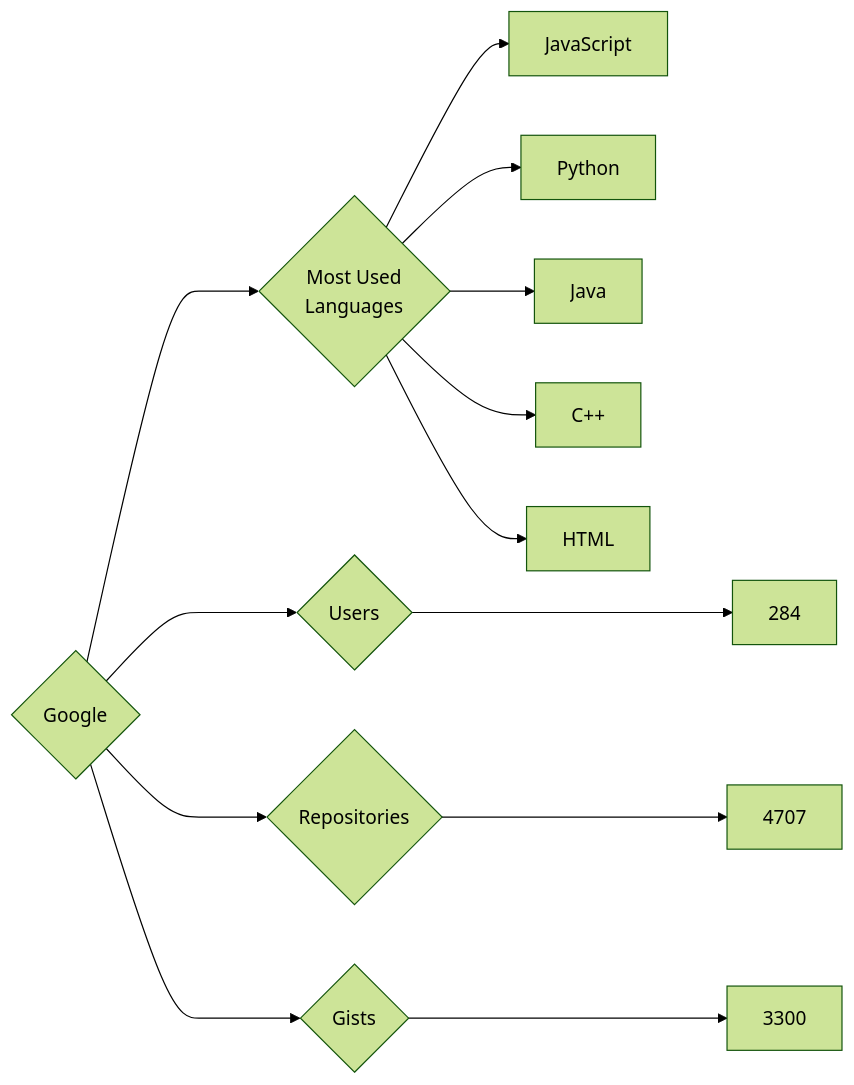
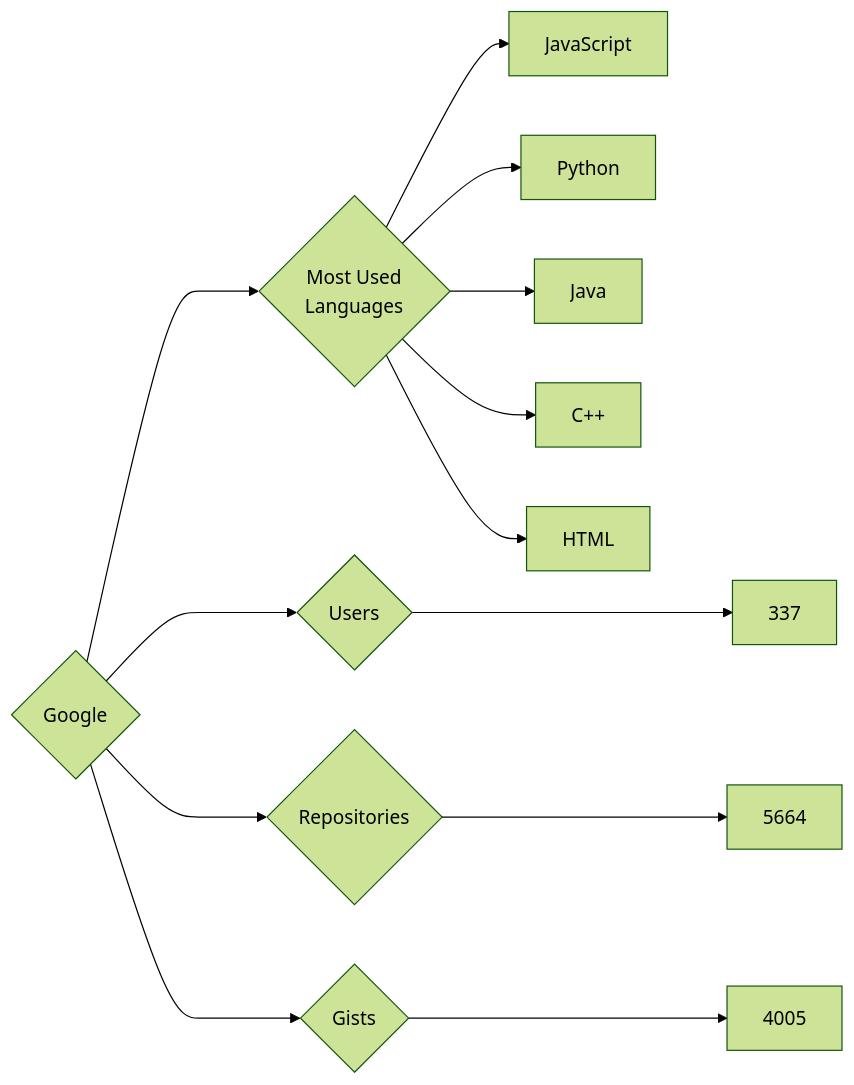
One commit to trickest/insiders changed the diagram in targets/Google/README.md. Above: the diagram before and after it, drawn with Mermaid (forest theme). The commit also changed 782 other files, not shown here.

````diff
--- a/targets/Google/README.md
+++ b/targets/Google/README.md
@@ -3,13 +3,13 @@
 ```mermaid
 graph LR
 COMPANY_NAME{Google}
-COMPANY_NAME ---> U{Users} ---> UN[284]
-COMPANY_NAME ---> R{Repositories} ---> RN[4707]
-COMPANY_NAME ---> G{Gists} ---> GN[3300]
+COMPANY_NAME ---> U{Users} ---> UN[337]
+COMPANY_NAME ---> R{Repositories} ---> RN[5664]
+COMPANY_NAME ---> G{Gists} ---> GN[4005]
 COMPANY_NAME ---> ML{Most Used<br>Languages}
 ML --> JavaScript[JavaScript]
 ML --> Python[Python]
 ML --> Java[Java]
 ML --> C++[C++]
 ML --> HTML[HTML]
 ```
````
